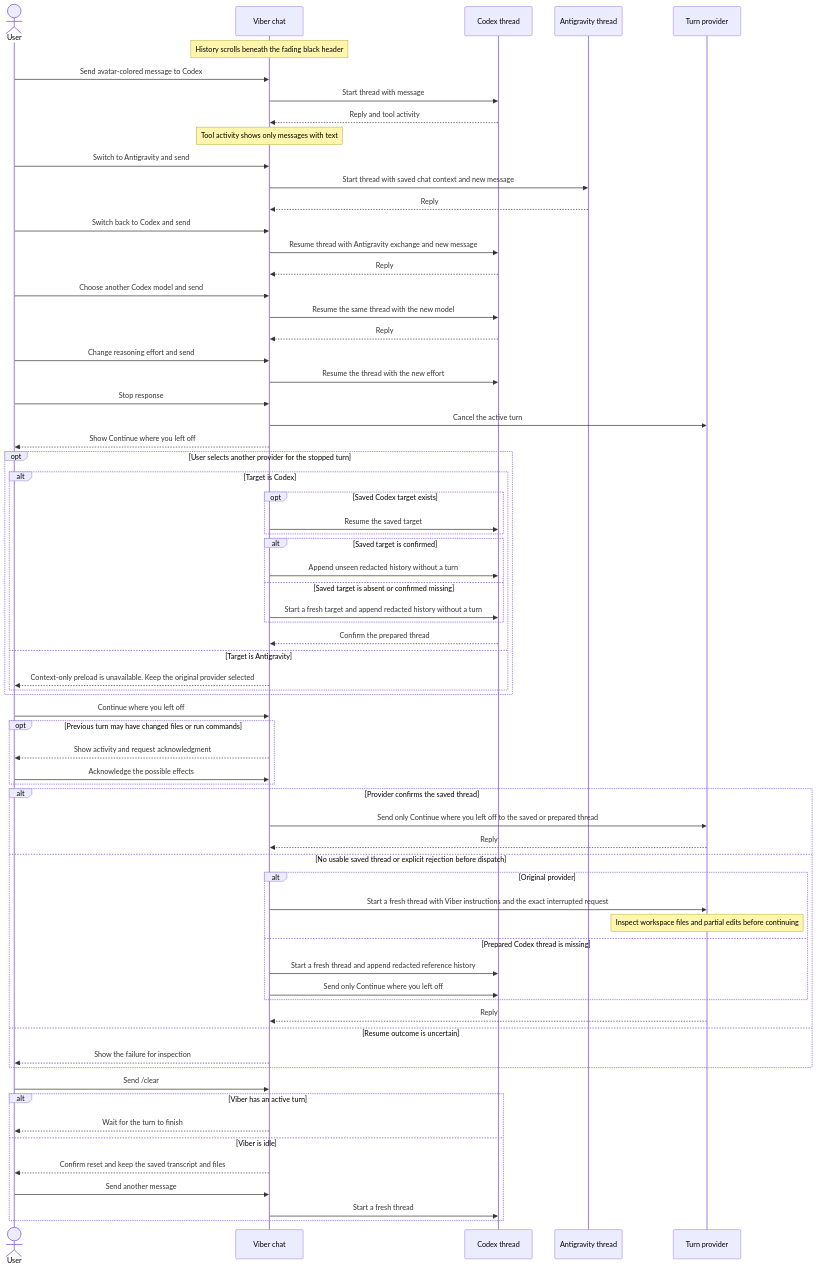
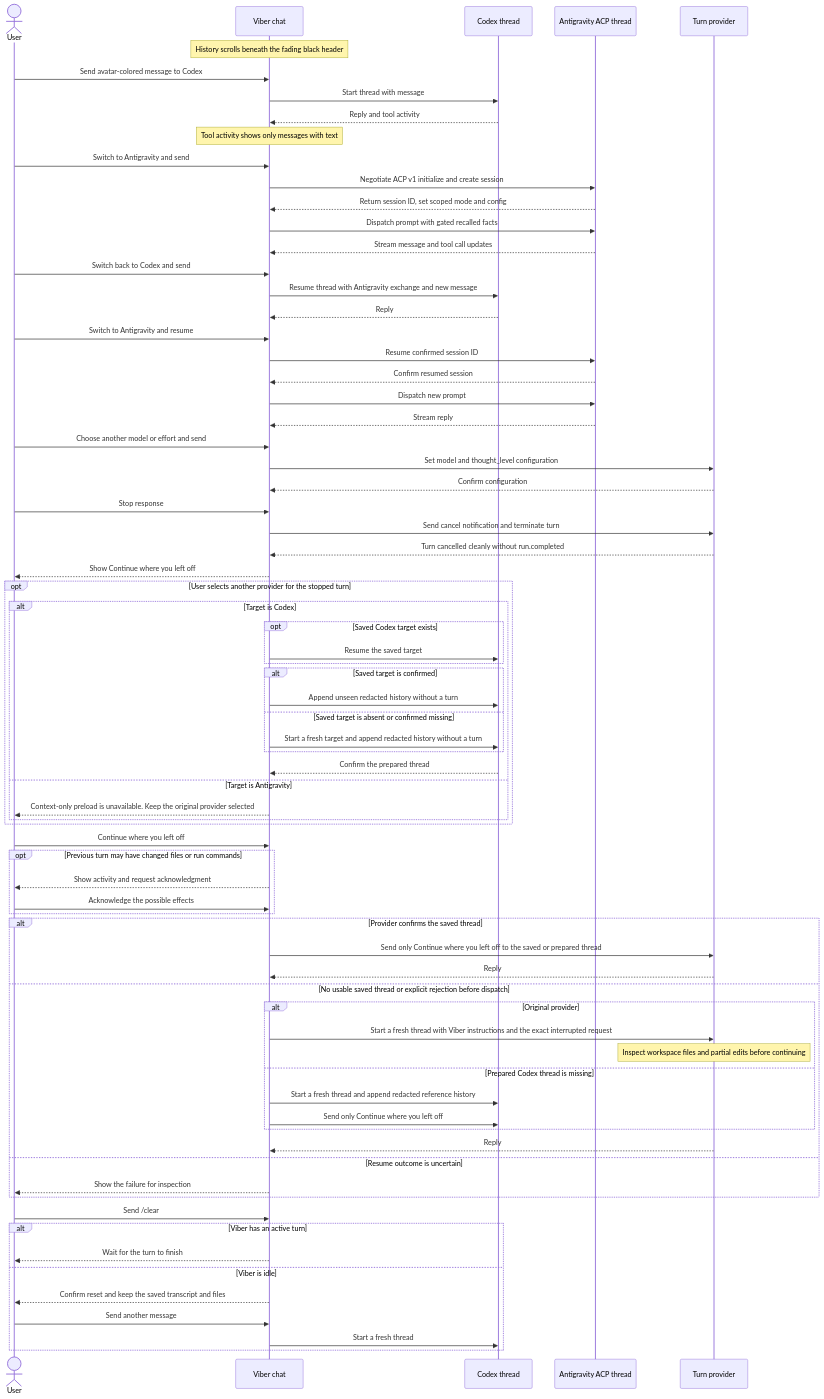
Before and after one commit to akshajrawat/akkco-vibestar: the first of 2 diagrams in FEATUREMAP.md, drawn with Mermaid. The commit also changed other lines of this file and 10 other files, not shown here.

Commit message:
feat(vibers): official Antigravity ACP chat with verified resume and scoped stop

````diff
--- a/FEATUREMAP.md
+++ b/FEATUREMAP.md
@@ -1,71 +1,77 @@
 ```mermaid
 sequenceDiagram
     actor User
     participant Chat as Viber chat
     participant Codex as Codex thread
-    participant AGY as Antigravity thread
+    participant AGY as Antigravity ACP thread
 
     participant Provider as Turn provider
     Note over Chat: History scrolls beneath the fading black header
     User->>Chat: Send avatar-colored message to Codex
     Chat->>Codex: Start thread with message
     Codex-->>Chat: Reply and tool activity
     Note over Chat: Tool activity shows only messages with text
     User->>Chat: Switch to Antigravity and send
-    Chat->>AGY: Start thread with saved chat context and new message
-    AGY-->>Chat: Reply
+    Chat->>AGY: Negotiate ACP v1 initialize and create session
+    AGY-->>Chat: Return session ID, set scoped mode and config
+    Chat->>AGY: Dispatch prompt with gated recalled facts
+    AGY-->>Chat: Stream message and tool call updates
     User->>Chat: Switch back to Codex and send
     Chat->>Codex: Resume thread with Antigravity exchange and new message
     Codex-->>Chat: Reply
-    User->>Chat: Choose another Codex model and send
-    Chat->>Codex: Resume the same thread with the new model
-    Codex-->>Chat: Reply
-    User->>Chat: Change reasoning effort and send
-    Chat->>Codex: Resume the thread with the new effort
+    User->>Chat: Switch to Antigravity and resume
+    Chat->>AGY: Resume confirmed session ID
+    AGY-->>Chat: Confirm resumed session
+    Chat->>AGY: Dispatch new prompt
+    AGY-->>Chat: Stream reply
+    User->>Chat: Choose another model or effort and send
+    Chat->>Provider: Set model and thought_level configuration
+    Provider-->>Chat: Confirm configuration
     User->>Chat: Stop response
-    Chat->>Provider: Cancel the active turn
+    Chat->>Provider: Send cancel notification and terminate turn
+    Provider-->>Chat: Turn cancelled cleanly without run.completed
     Chat-->>User: Show Continue where you left off
     opt User selects another provider for the stopped turn
         alt Target is Codex
             opt Saved Codex target exists
                 Chat->>Codex: Resume the saved target
             end
             alt Saved target is confirmed
                 Chat->>Codex: Append unseen redacted history without a turn
             else Saved target is absent or confirmed missing
                 Chat->>Codex: Start a fresh target and append redacted history without a turn
             end
             Codex-->>Chat: Confirm the prepared thread
         else Target is Antigravity
             Chat-->>User: Context-only preload is unavailable. Keep the original provider selected
         end
     end
     User->>Chat: Continue where you left off
     opt Previous turn may have changed files or run commands
         Chat-->>User: Show activity and request acknowledgment
         User->>Chat: Acknowledge the possible effects
     end
     alt Provider confirms the saved thread
         Chat->>Provider: Send only Continue where you left off to the saved or prepared thread
         Provider-->>Chat: Reply
     else No usable saved thread or explicit rejection before dispatch
         alt Original provider
             Chat->>Provider: Start a fresh thread with Viber instructions and the exact interrupted request
             Note over Provider: Inspect workspace files and partial edits before continuing
         else Prepared Codex thread is missing
             Chat->>Codex: Start a fresh thread and append redacted reference history
             Chat->>Codex: Send only Continue where you left off
         end
         Provider-->>Chat: Reply
     else Resume outcome is uncertain
         Chat-->>User: Show the failure for inspection
     end
     User->>Chat: Send /clear
     alt Viber has an active turn
         Chat-->>User: Wait for the turn to finish
     else Viber is idle
         Chat-->>User: Confirm reset and keep the saved transcript and files
         User->>Chat: Send another message
         Chat->>Codex: Start a fresh thread
     end
 ```
````
